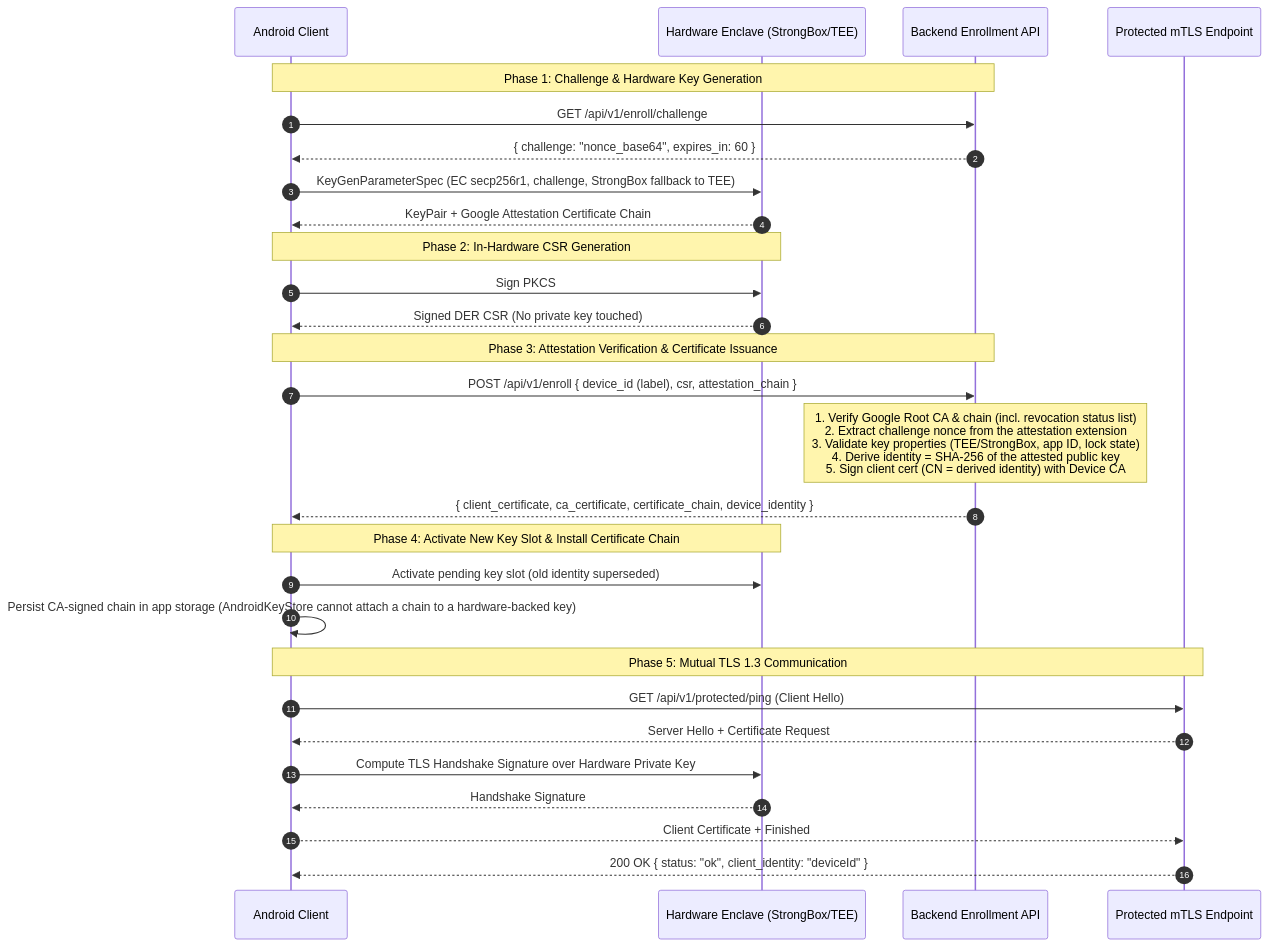
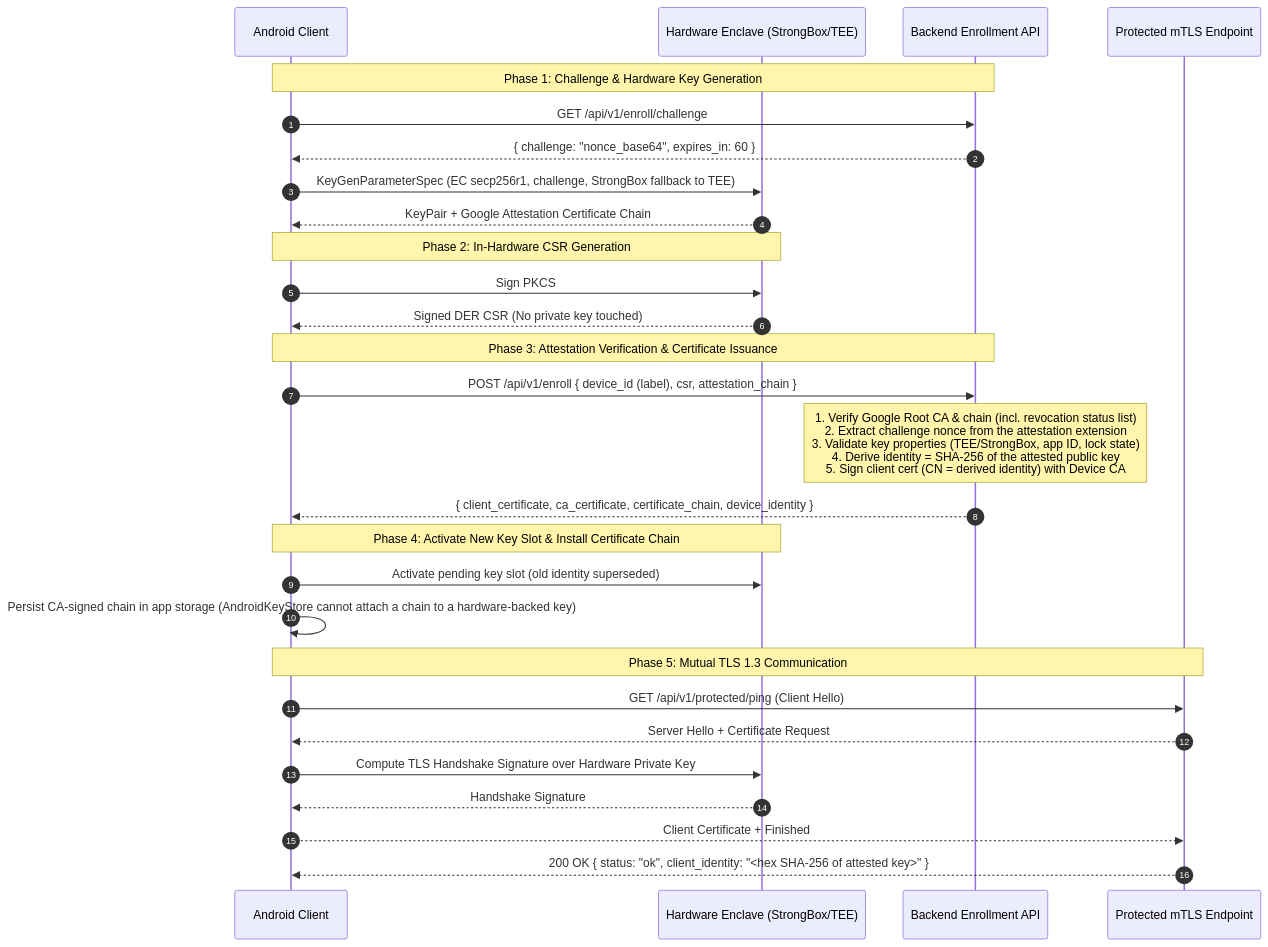
The diagram in README.md (kypeli/mtls-authentication-poc), drawn with Mermaid before and after one commit. The commit also changed other lines of this file and 11 other files, not shown here.

````diff
--- a/README.md
+++ b/README.md
@@ -61,36 +74,36 @@
 ```mermaid
 sequenceDiagram
     autonumber
     participant App as Android Client
     participant HW as Hardware Enclave (StrongBox/TEE)
     participant Srv as Backend Enrollment API
     participant TLS as Protected mTLS Endpoint
 
     Note over App,Srv: Phase 1: Challenge & Hardware Key Generation
     App->>Srv: GET /api/v1/enroll/challenge
     Srv-->>App: { challenge: "nonce_base64", expires_in: 60 }
 
     App->>HW: KeyGenParameterSpec (EC secp256r1, challenge, StrongBox fallback to TEE)
     HW-->>App: KeyPair + Google Attestation Certificate Chain
 
     Note over App,HW: Phase 2: In-Hardware CSR Generation
     App->>HW: Sign PKCS#10 CSR (CN=deviceId, SHA256withECDSA) via AndroidKeystoreSigner
     HW-->>App: Signed DER CSR (No private key touched)
 
     Note over App,Srv: Phase 3: Attestation Verification & Certificate Issuance
     App->>Srv: POST /api/v1/enroll { device_id (label), csr, attestation_chain }
     Note over Srv: 1. Verify Google Root CA & chain (incl. revocation status list)<br/>2. Extract challenge nonce from the attestation extension<br/>3. Validate key properties (TEE/StrongBox, app ID, lock state)<br/>4. Derive identity = SHA-256 of the attested public key<br/>5. Sign client cert (CN = derived identity) with Device CA
     Srv-->>App: { client_certificate, ca_certificate, certificate_chain, device_identity }
 
     Note over App,HW: Phase 4: Activate New Key Slot & Install Certificate Chain
     App->>HW: Activate pending key slot (old identity superseded)
     App->>App: Persist CA-signed chain in app storage (AndroidKeyStore cannot attach a chain to a hardware-backed key)
 
     Note over App,TLS: Phase 5: Mutual TLS 1.3 Communication
     App->>TLS: GET /api/v1/protected/ping (Client Hello)
     TLS-->>App: Server Hello + Certificate Request
     App->>HW: Compute TLS Handshake Signature over Hardware Private Key
     HW-->>App: Handshake Signature
     App-->>TLS: Client Certificate + Finished
-    TLS-->>App: 200 OK { status: "ok", client_identity: "deviceId" }
+    TLS-->>App: 200 OK { status: "ok", client_identity: "<hex SHA-256 of attested key>" }
 ```
````
